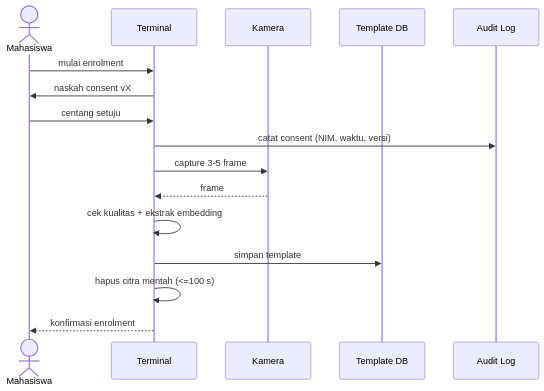
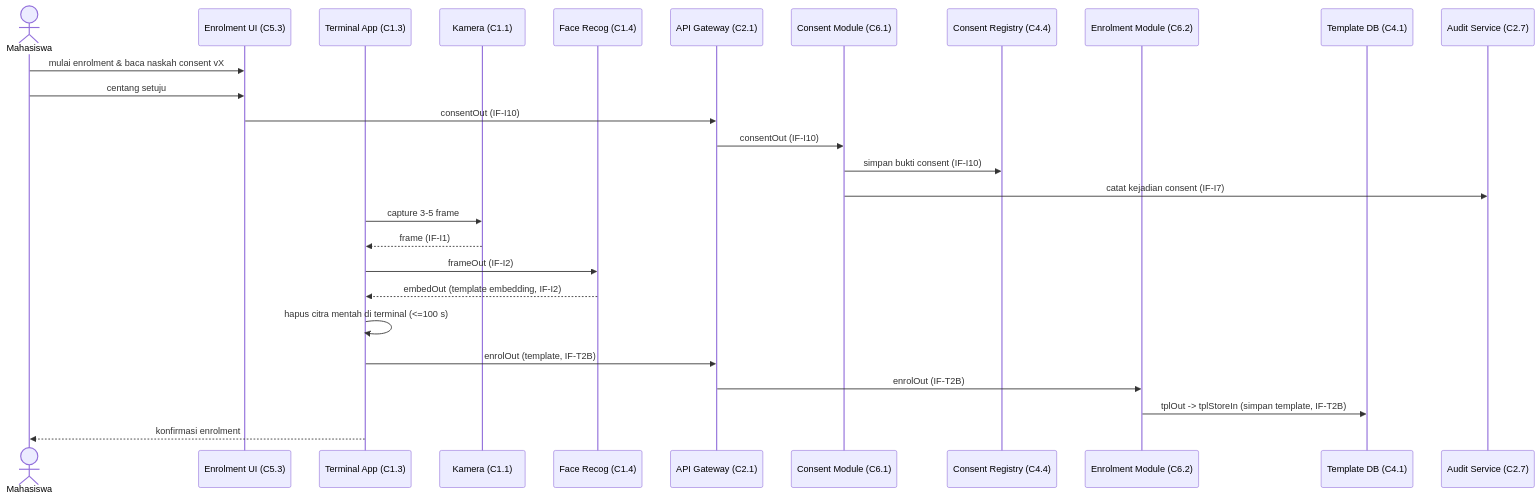
One commit to JhonsJSSimatupang/Proyek-Rekayasa-Sistem-Komputer- changed the second of 5 diagrams in 02_DOKUMENTASI_SUMBER/S4_UseCase_Sequence.md. Above: the diagram before and after it, drawn with Mermaid. The commit also changed other lines of this file and 34 other files, not shown here.

````diff
--- a/02_DOKUMENTASI_SUMBER/S4_UseCase_Sequence.md
+++ b/02_DOKUMENTASI_SUMBER/S4_UseCase_Sequence.md
@@ -179,19 +179,30 @@
 ```mermaid
 sequenceDiagram
   actor M as Mahasiswa
-  participant T as Terminal
-  participant K as Kamera
-  participant DB as Template DB
-  participant AL as Audit Log
+  participant UI as Enrolment UI (C5.3)
+  participant T as Terminal App (C1.3)
+  participant K as Kamera (C1.1)
+  participant FR as Face Recog (C1.4)
+  participant GW as API Gateway (C2.1)
+  participant CM as Consent Module (C6.1)
+  participant CR as Consent Registry (C4.4)
+  participant EM as Enrolment Module (C6.2)
+  participant DB as Template DB (C4.1)
+  participant AL as Audit Service (C2.7)
 
-  M->>T: mulai enrolment
-  T->>M: naskah consent vX
-  M->>T: centang setuju
-  T->>AL: catat consent (NIM, waktu, versi)
+  M->>UI: mulai enrolment & baca naskah consent vX
+  M->>UI: centang setuju
+  UI->>GW: consentOut (IF-I10)
+  GW->>CM: consentOut (IF-I10)
+  CM->>CR: simpan bukti consent (IF-I10)
+  CM->>AL: catat kejadian consent (IF-I7)
   T->>K: capture 3-5 frame
-  K-->>T: frame
-  T->>T: cek kualitas + ekstrak embedding
-  T->>DB: simpan template
-  T->>T: hapus citra mentah (<=100 s)
+  K-->>T: frame (IF-I1)
+  T->>FR: frameOut (IF-I2)
+  FR-->>T: embedOut (template embedding, IF-I2)
+  T->>T: hapus citra mentah di terminal (<=100 s)
+  T->>GW: enrolOut (template, IF-T2B)
+  GW->>EM: enrolOut (IF-T2B)
+  EM->>DB: tplOut -> tplStoreIn (simpan template, IF-T2B)
   T-->>M: konfirmasi enrolment
 ```
````
